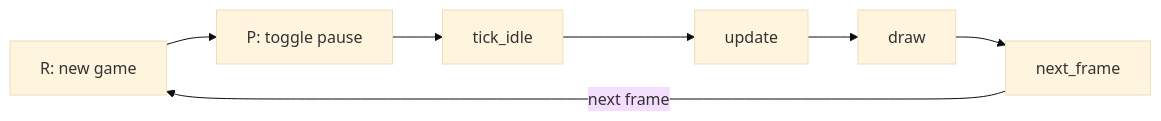
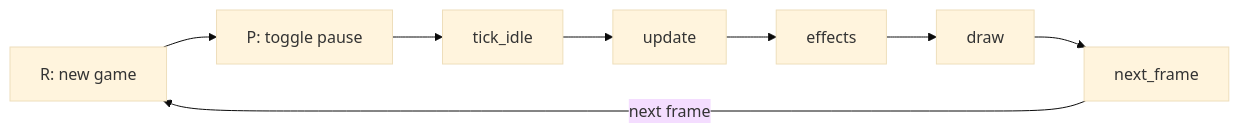
The second of 2 diagrams in docs/architecture/components.md (chussenot/polyfall), drawn with Mermaid (base theme) before and after one commit. The commit also changed other lines of this file and 14 other files, not shown here.

````diff
--- a/docs/architecture/components.md
+++ b/docs/architecture/components.md
@@ -105,11 +119,12 @@
 ```mermaid
 flowchart LR
     R["R: new game"]
     P["P: toggle pause"]
     Idle["tick_idle"]
     Upd["update"]
+    Fx["effects"]
     Draw["draw"]
     Next["next_frame"]
-    R --> P --> Idle --> Upd --> Draw --> Next
+    R --> P --> Idle --> Upd --> Fx --> Draw --> Next
     Next -->|"next frame"| R
 ```
````
